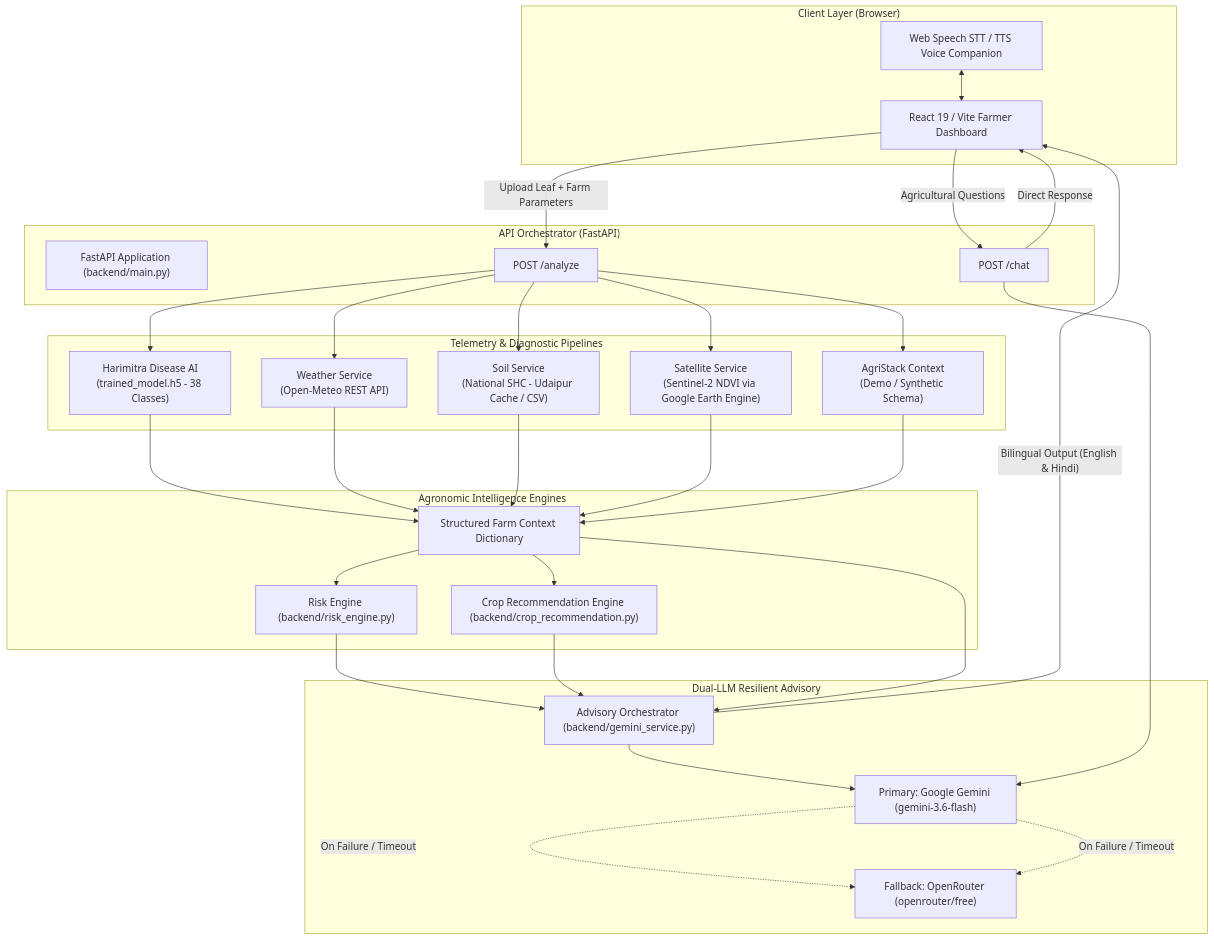
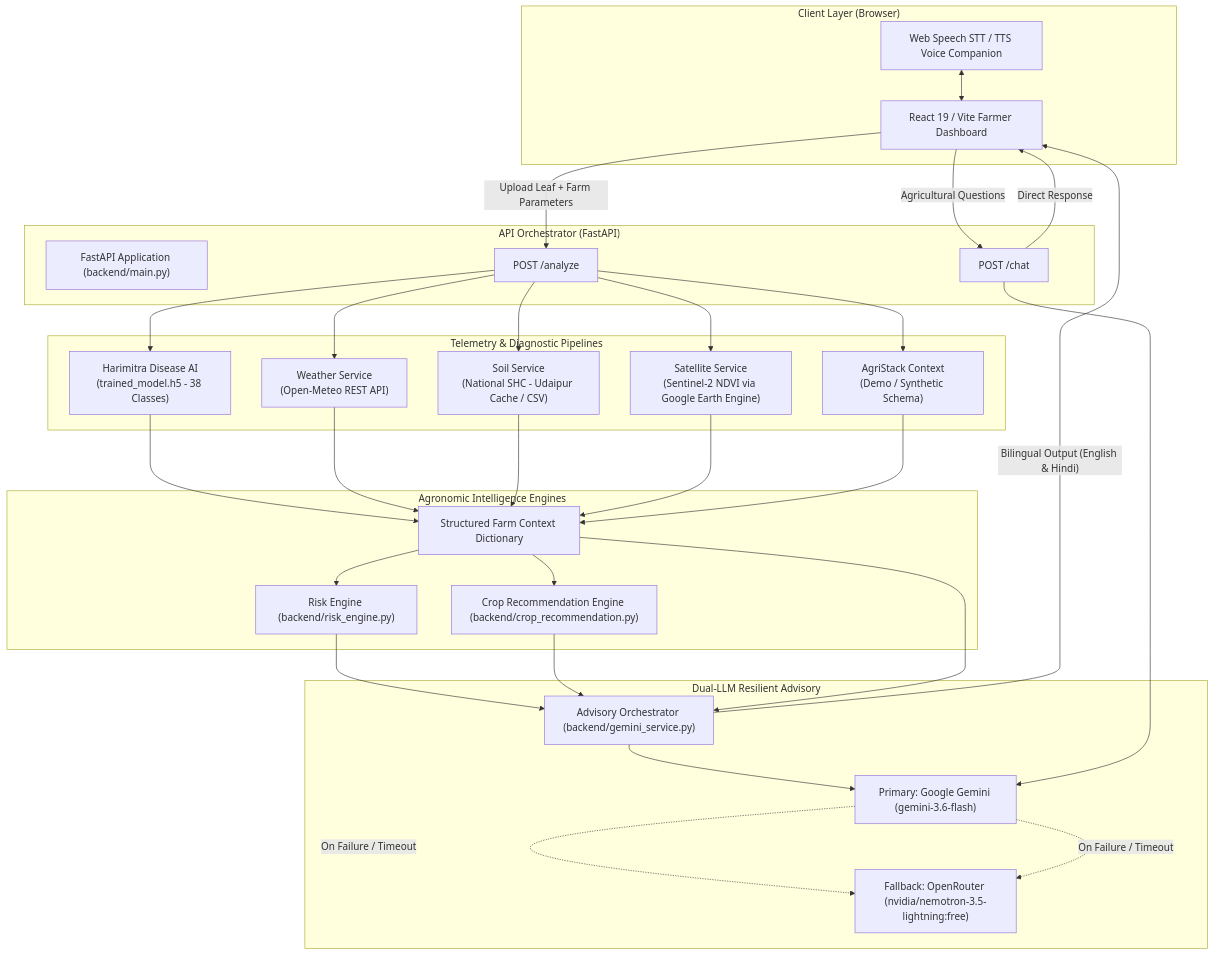
Before and after one commit to rona346/KrashiMitra: the diagram in README.md, drawn with Mermaid. The commit also changed other lines of this file and 2 other files, not shown here.

Commit message:
fix: replace unavailable OpenRouter fallback model

````diff
--- a/README.md
+++ b/README.md
@@ -60,64 +60,64 @@
 ```mermaid
 flowchart TD
     subgraph Client["Client Layer (Browser)"]
         UI["React 19 / Vite Farmer Dashboard"]
         Voice["Web Speech STT / TTS Voice Companion"]
     end
 
     subgraph Gateway["API Orchestrator (FastAPI)"]
         Router["FastAPI Application (backend/main.py)"]
         Analyze["POST /analyze"]
         Chat["POST /chat"]
     end
 
     subgraph DataServices["Telemetry & Diagnostic Pipelines"]
         Disease["Harimitra Disease AI\n(trained_model.h5 - 38 Classes)"]
         Weather["Weather Service\n(Open-Meteo REST API)"]
         Soil["Soil Service\n(National SHC - Udaipur Cache / CSV)"]
         Satellite["Satellite Service\n(Sentinel-2 NDVI via Google Earth Engine)"]
         AgriStack["AgriStack Context\n(Demo / Synthetic Schema)"]
     end
 
     subgraph LogicEngines["Agronomic Intelligence Engines"]
         Context["Structured Farm Context Dictionary"]
         Risk["Risk Engine (backend/risk_engine.py)"]
         CropRec["Crop Recommendation Engine (backend/crop_recommendation.py)"]
     end
 
     subgraph AdvisorySystem["Dual-LLM Resilient Advisory"]
         AdvisoryService["Advisory Orchestrator (backend/gemini_service.py)"]
         Gemini["Primary: Google Gemini (gemini-3.6-flash)"]
-        OpenRouter["Fallback: OpenRouter (openrouter/free)"]
+        OpenRouter["Fallback: OpenRouter (nvidia/nemotron-3.5-lightning:free)"]
     end
 
     UI -->|"Upload Leaf + Farm Parameters"| Analyze
     UI -->|"Agricultural Questions"| Chat
     Voice <--> UI
 
     Analyze --> Disease
     Analyze --> Weather
     Analyze --> Soil
     Analyze --> Satellite
     Analyze --> AgriStack
 
     Disease --> Context
     Weather --> Context
     Soil --> Context
     Satellite --> Context
     AgriStack --> Context
 
     Context --> Risk
     Context --> CropRec
 
     Risk --> AdvisoryService
     CropRec --> AdvisoryService
     Context --> AdvisoryService
 
     AdvisoryService --> Gemini
     Gemini -.->|"On Failure / Timeout"| OpenRouter
     Chat --> Gemini
     Gemini -.->|"On Failure / Timeout"| OpenRouter
 
     AdvisoryService -->|"Bilingual Output (English & Hindi)"| UI
     Chat -->|"Direct Response"| UI
 ```
````
